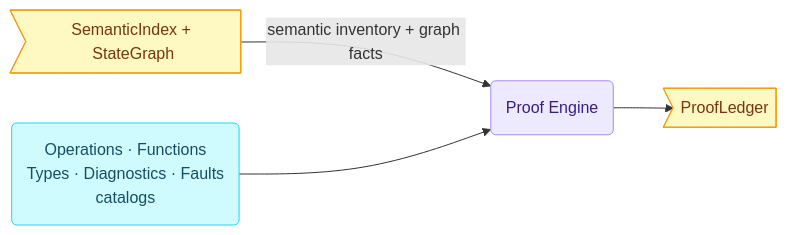
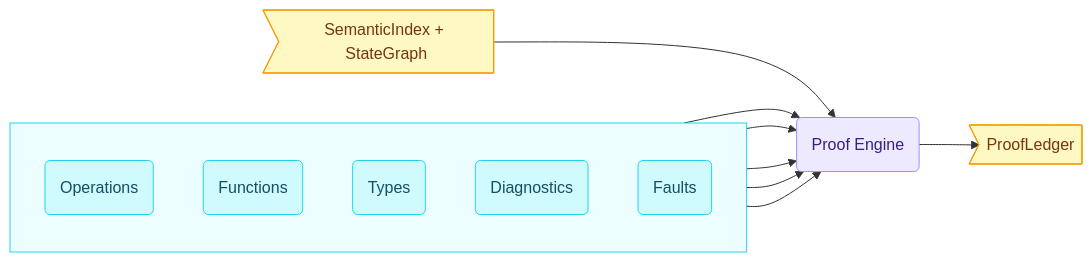
One commit to sfalik/Precept changed the sixth of 10 diagrams in docs/compiler-and-runtime-design.md. Above: the diagram before and after it, drawn with Mermaid. The commit also changed other lines of this file, not shown here.

First line of the commit message:
docs: expand per-stage pipeline diagrams with individual catalog nodes

````diff
--- a/docs/compiler-and-runtime-design.md
+++ b/docs/compiler-and-runtime-design.md
@@ -638,16 +687,30 @@
 ```mermaid
 flowchart LR
     classDef input   fill:#dbeafe,stroke:#60a5fa,color:#1e3a5f
     classDef catalog fill:#cffafe,stroke:#22d3ee,color:#164e63
     classDef stage   fill:#ede9fe,stroke:#a78bfa,color:#3b1f7e
     classDef out     fill:#fef9c3,stroke:#f59e0b,color:#78350f
 
     TM>"SemanticIndex + StateGraph"]:::out
-    CAT("Operations · Functions<br/>Types · Diagnostics · Faults<br/>catalogs"):::catalog
     PE(Proof Engine):::stage
     OUT>"ProofLedger"]:::out
 
-    TM -->|"semantic inventory + graph facts"| PE
-    CAT --> PE
+    subgraph CATS[" "]
+        direction TB
+        COPN("Operations"):::catalog
+        CFUN("Functions"):::catalog
+        CTYP("Types"):::catalog
+        CDIA("Diagnostics"):::catalog
+        CFLT("Faults"):::catalog
+    end
+
+    style CATS fill:#ecfeff,stroke:#22d3ee,color:#164e63
+
+    TM --> PE
+    COPN --> PE
+    CFUN --> PE
+    CTYP --> PE
+    CDIA --> PE
+    CFLT --> PE
     PE --> OUT
 ```
````
